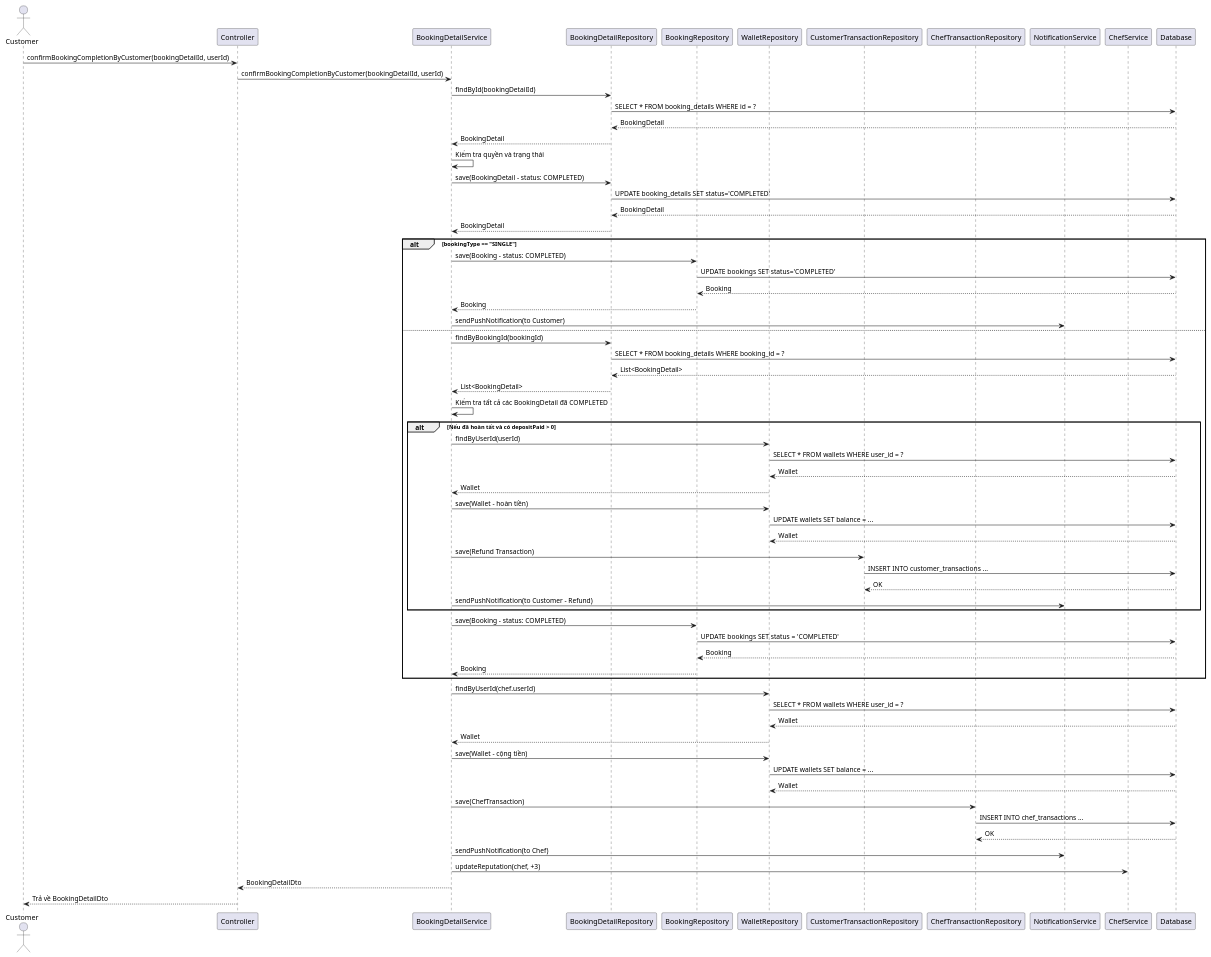
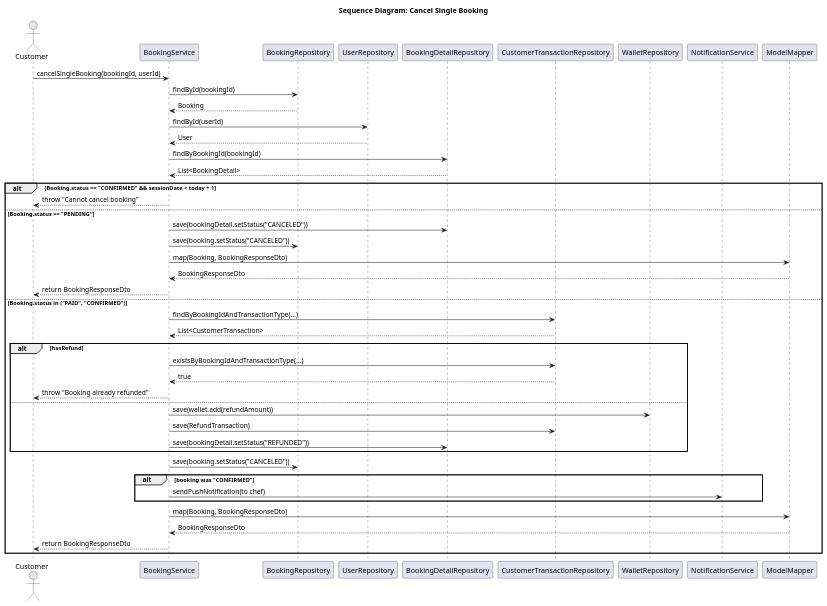
The diagram in diagram.puml (phongkhongxai/vietchef), drawn with PlantUML before and after one commit. The commit also changed 3 other files, not shown here.

```diff
--- a/diagram.puml
+++ b/diagram.puml
@@ -1,84 +1,57 @@
 @startuml
+title Sequence Diagram: Cancel Single Booking
+
 actor Customer
-participant Controller
-participant BookingDetailService
-participant BookingDetailRepository
-participant BookingRepository
-participant WalletRepository
-participant CustomerTransactionRepository
-participant ChefTransactionRepository
-participant NotificationService
-participant ChefService
-participant Database
+participant "BookingService" as Service
+participant "BookingRepository" as BookingRepo
+participant "UserRepository" as UserRepo
+participant "BookingDetailRepository" as DetailRepo
+participant "CustomerTransactionRepository" as TransactionRepo
+participant "WalletRepository" as WalletRepo
+participant "NotificationService" as Notification
+participant "ModelMapper" as Mapper
 
-Customer -> Controller : confirmBookingCompletionByCustomer(bookingDetailId, userId)
-Controller -> BookingDetailService : confirmBookingCompletionByCustomer(bookingDetailId, userId)
+Customer -> Service : cancelSingleBooking(bookingId, userId)
+Service -> BookingRepo : findById(bookingId)
+BookingRepo --> Service : Booking
 
-BookingDetailService -> BookingDetailRepository : findById(bookingDetailId)
-BookingDetailRepository -> Database : SELECT * FROM booking_details WHERE id = ?
-Database --> BookingDetailRepository : BookingDetail
-BookingDetailRepository --> BookingDetailService : BookingDetail
+Service -> UserRepo : findById(userId)
+UserRepo --> Service : User
 
-BookingDetailService -> BookingDetailService : Kiểm tra quyền và trạng thái
+Service -> DetailRepo : findByBookingId(bookingId)
+DetailRepo --> Service : List<BookingDetail>
 
-BookingDetailService -> BookingDetailRepository : save(BookingDetail - status: COMPLETED)
-BookingDetailRepository -> Database : UPDATE booking_details SET status='COMPLETED'
-Database --> BookingDetailRepository : BookingDetail
-BookingDetailRepository --> BookingDetailService : BookingDetail
+alt Booking.status == "CONFIRMED" && sessionDate < today + 1
+    Service --> Customer : throw "Cannot cancel booking"
+else Booking.status == "PENDING"
+    Service -> DetailRepo : save(bookingDetail.setStatus("CANCELED"))
+    Service -> BookingRepo : save(booking.setStatus("CANCELED"))
+    Service -> Mapper : map(Booking, BookingResponseDto)
+    Mapper --> Service : BookingResponseDto
+    Service --> Customer : return BookingResponseDto
+else Booking.status in ("PAID", "CONFIRMED")
+    Service -> TransactionRepo : findByBookingIdAndTransactionType(...)
+    TransactionRepo --> Service : List<CustomerTransaction>
 
-alt bookingType == "SINGLE"
-    BookingDetailService -> BookingRepository : save(Booking - status: COMPLETED)
-    BookingRepository -> Database : UPDATE bookings SET status='COMPLETED'
-    Database --> BookingRepository : Booking
-    BookingRepository --> BookingDetailService : Booking
-    BookingDetailService -> NotificationService : sendPushNotification(to Customer)
-else
-    BookingDetailService -> BookingDetailRepository : findByBookingId(bookingId)
-    BookingDetailRepository -> Database : SELECT * FROM booking_details WHERE booking_id = ?
-    Database --> BookingDetailRepository : List<BookingDetail>
-    BookingDetailRepository --> BookingDetailService : List<BookingDetail>
-
-    BookingDetailService -> BookingDetailService : Kiểm tra tất cả các BookingDetail đã COMPLETED
-
-    alt Nếu đã hoàn tất và có depositPaid > 0
-        BookingDetailService -> WalletRepository : findByUserId(userId)
-        WalletRepository -> Database : SELECT * FROM wallets WHERE user_id = ?
-        Database --> WalletRepository : Wallet
-        WalletRepository --> BookingDetailService : Wallet
-
-        BookingDetailService -> WalletRepository : save(Wallet - hoàn tiền)
-        WalletRepository -> Database : UPDATE wallets SET balance = ...
-        Database --> WalletRepository : Wallet
-
-        BookingDetailService -> CustomerTransactionRepository : save(Refund Transaction)
-        CustomerTransactionRepository -> Database : INSERT INTO customer_transactions ...
-        Database --> CustomerTransactionRepository : OK
-
-        BookingDetailService -> NotificationService : sendPushNotification(to Customer - Refund)
+    alt hasRefund
+        Service -> TransactionRepo : existsByBookingIdAndTransactionType(...)
+        TransactionRepo --> Service : true
+        Service --> Customer : throw "Booking already refunded"
+    else
+        Service -> WalletRepo : save(wallet.add(refundAmount))
+        Service -> TransactionRepo : save(RefundTransaction)
+        Service -> DetailRepo : save(bookingDetail.setStatus("REFUNDED"))
     end
 
-    BookingDetailService -> BookingRepository : save(Booking - status: COMPLETED)
-    BookingRepository -> Database : UPDATE bookings SET status = 'COMPLETED'
-    Database --> BookingRepository : Booking
-    BookingRepository --> BookingDetailService : Booking
+    Service -> BookingRepo : save(booking.setStatus("CANCELED"))
+
+    alt booking was "CONFIRMED"
+        Service -> Notification : sendPushNotification(to chef)
+    end
+
+    Service -> Mapper : map(Booking, BookingResponseDto)
+    Mapper --> Service : BookingResponseDto
+    Service --> Customer : return BookingResponseDto
 end
 
-BookingDetailService -> WalletRepository : findByUserId(chef.userId)
-WalletRepository -> Database : SELECT * FROM wallets WHERE user_id = ?
-Database --> WalletRepository : Wallet
-WalletRepository --> BookingDetailService : Wallet
-
-BookingDetailService -> WalletRepository : save(Wallet - cộng tiền)
-WalletRepository -> Database : UPDATE wallets SET balance = ...
-Database --> WalletRepository : Wallet
-
-BookingDetailService -> ChefTransactionRepository : save(ChefTransaction)
-ChefTransactionRepository -> Database : INSERT INTO chef_transactions ...
-Database --> ChefTransactionRepository : OK
-
-BookingDetailService -> NotificationService : sendPushNotification(to Chef)
-BookingDetailService -> ChefService : updateReputation(chef, +3)
-
-BookingDetailService --> Controller : BookingDetailDto
-Controller --> Customer : Trả về BookingDetailDto
 @enduml
```
